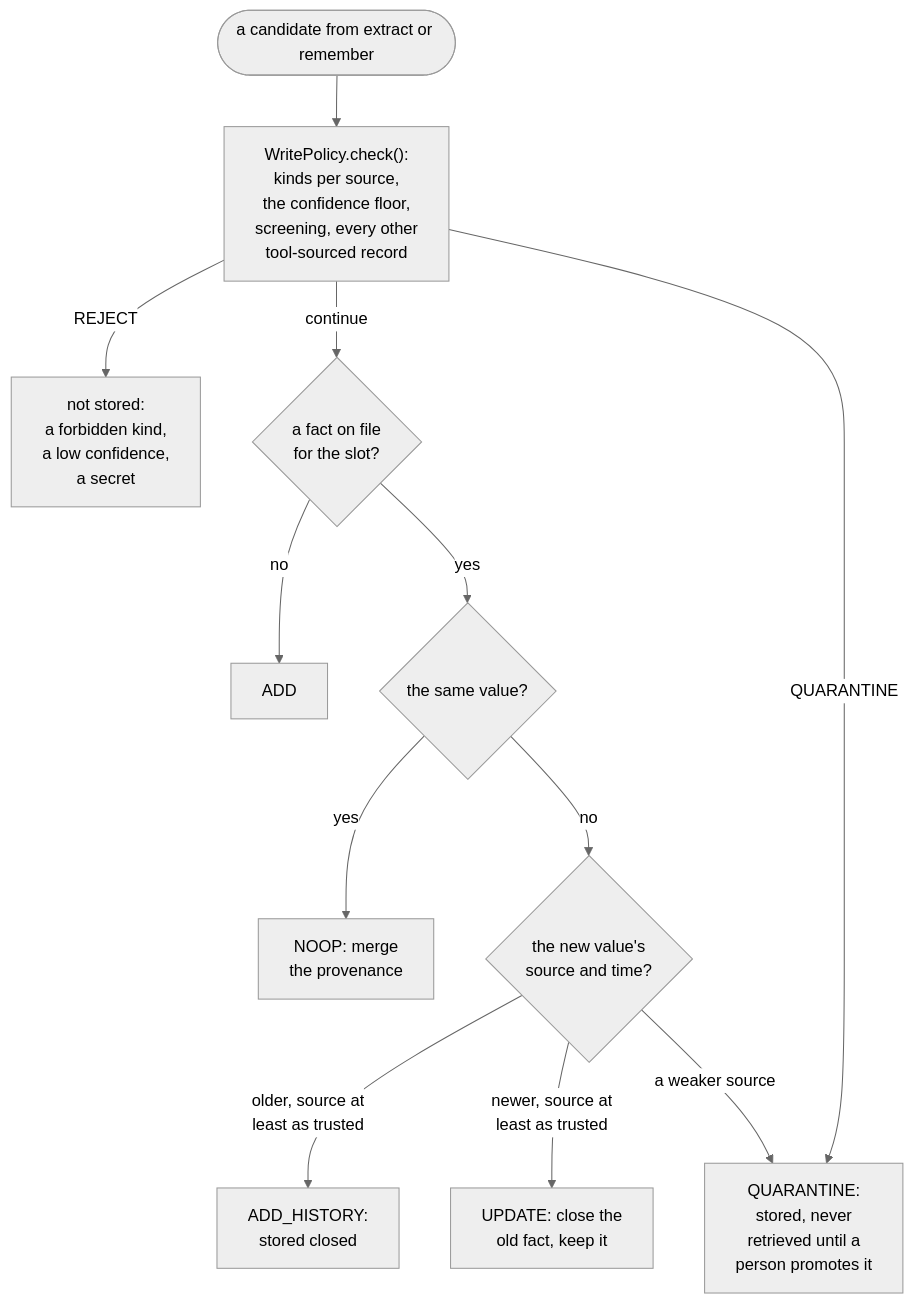
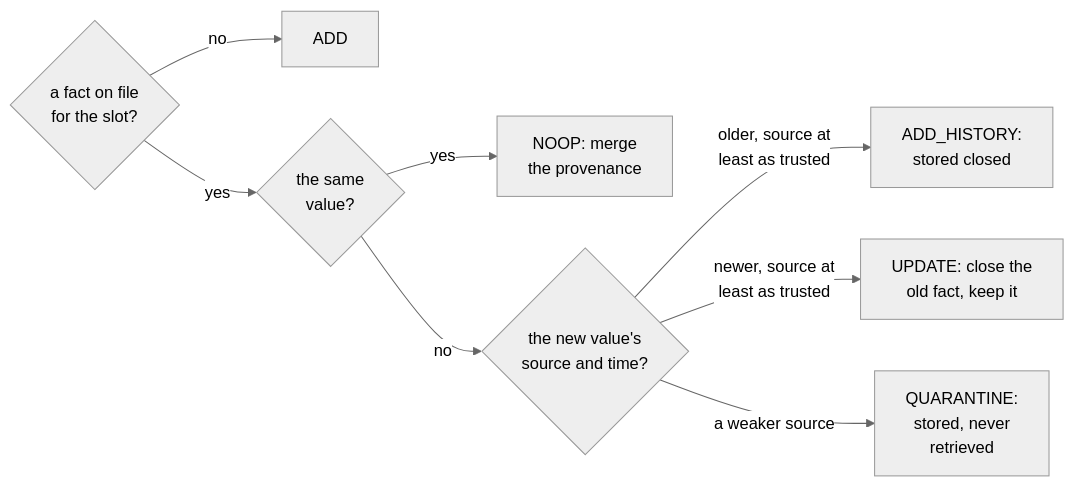
Before and after one commit to aniryou/full-stack-agentic-engineer: the second of 6 diagrams in 07-application-agent-framework/agent-memory/PRIMER.md, drawn with Mermaid (neutral theme). The commit also changed other lines of this file and 633 other files, not shown here.

First line of the commit message:
Accessible language and one-screen figures, part 1: every figure fits a screen, the STE second pass over the layers (#53)

````diff
--- a/07-application-agent-framework/agent-memory/PRIMER.md
+++ b/07-application-agent-framework/agent-memory/PRIMER.md
@@ -119,14 +129,10 @@
 ```mermaid
-flowchart TB
-    IN([a candidate from extract or remember]) --> PO["WritePolicy.check():<br/>kinds per source,<br/>the confidence floor,<br/>screening, every other<br/>tool-sourced record"]
-    PO -->|"REJECT"| REJ["not stored:<br/>a forbidden kind,<br/>a low confidence,<br/>a secret"]
-    PO -->|"continue"| M1{"a fact on file<br/>for the slot?"}
-    PO -->|"QUARANTINE"| QUA["QUARANTINE:<br/>stored, never<br/>retrieved until a<br/>person promotes it"]
-    M1 -->|"no"| ADD["ADD"]
-    M1 -->|"yes"| M2{"the same value?"}
+flowchart LR
+    M1{"a fact on file<br/>for the slot?"} -->|"no"| ADD["ADD"]
+    M1 -->|"yes"| M2{"the same<br/>value?"}
     M2 -->|"yes"| NOOP["NOOP: merge<br/>the provenance"]
     M2 -->|"no"| M3{"the new value's<br/>source and time?"}
     M3 -->|"older, source at<br/>least as trusted"| HIS["ADD_HISTORY:<br/>stored closed"]
     M3 -->|"newer, source at<br/>least as trusted"| UPD["UPDATE: close the<br/>old fact, keep it"]
-    M3 -->|"a weaker source"| QUA
+    M3 -->|"a weaker source"| QUA["QUARANTINE:<br/>stored, never<br/>retrieved"]
 ```
````
